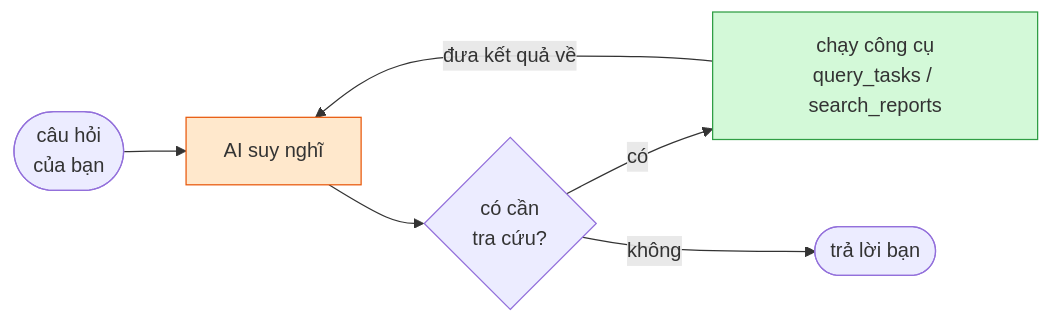
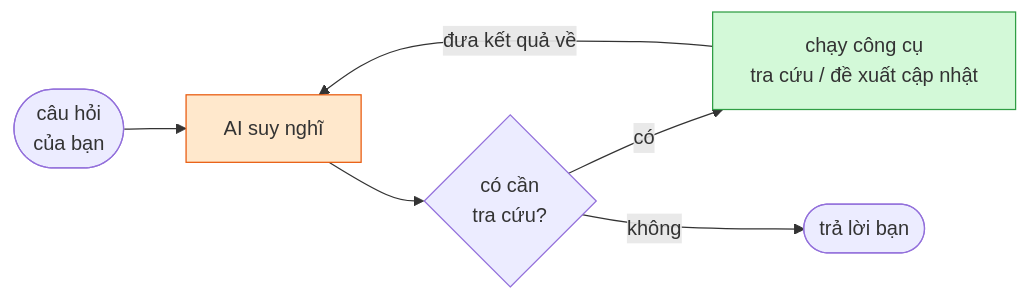
The fourth of 4 diagrams in docs/bai-noi-gioi-thieu.md (NguyenQuyenHacker/Telegram-Agent-Reminder-TAR-), drawn with Mermaid before and after one commit. The commit also changed other lines of this file and 37 other files, not shown here.

````diff
--- a/docs/bai-noi-gioi-thieu.md
+++ b/docs/bai-noi-gioi-thieu.md
@@ -494,11 +508,11 @@
 ```mermaid
 flowchart LR
     Q(["câu hỏi<br/>của bạn"]) --> M["AI suy nghĩ"]
     M --> C{"có cần<br/>tra cứu?"}
-    C -- "có" --> T["chạy công cụ<br/>query_tasks / search_reports"]
+    C -- "có" --> T["chạy công cụ<br/>tra cứu / đề xuất cập nhật"]
     T -- "đưa kết quả về" --> M
     C -- "không" --> A(["trả lời bạn"])
 
     style M fill:#ffe8cc,stroke:#e8590c
     style T fill:#d3f9d8,stroke:#2f9e44
 ```
````
